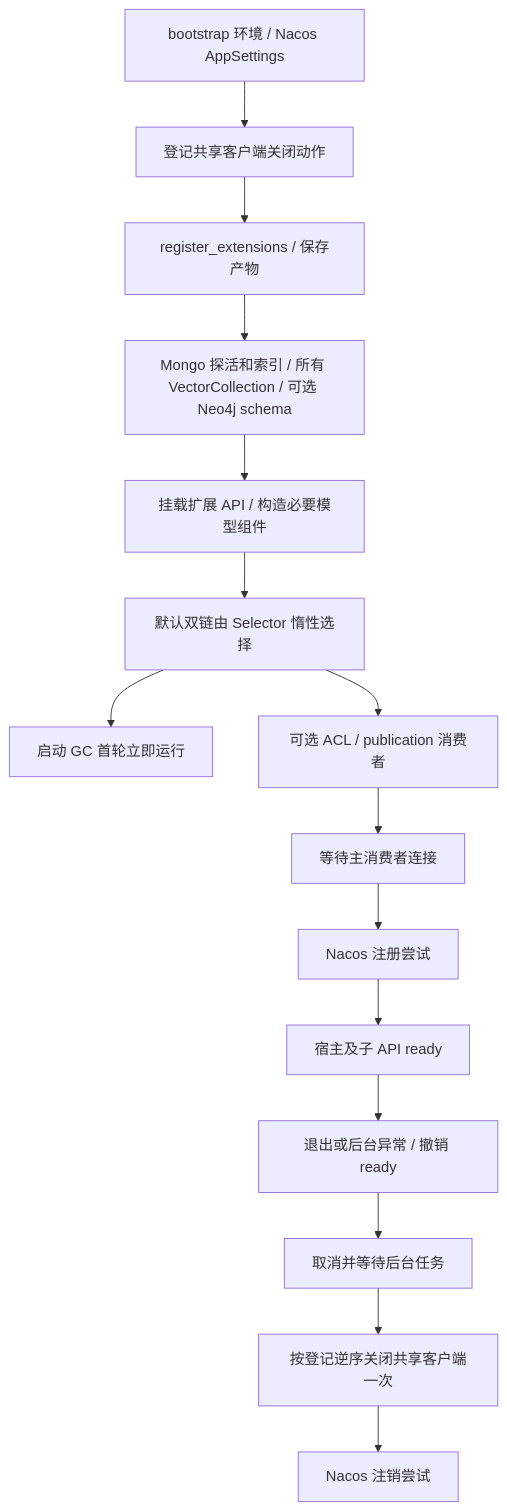
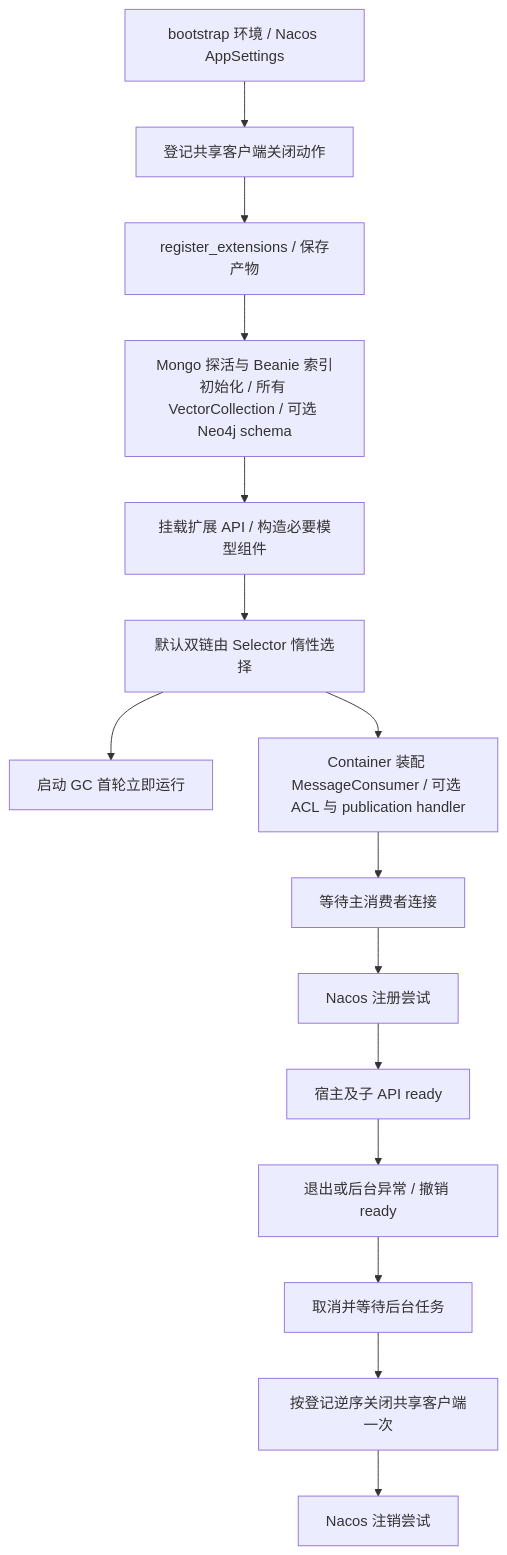
Before and after one commit to Oriole-FDU/WisePenCloud-AI: the fourth of 4 diagrams in services/wisepen-rag-service/docs/architecture.md, drawn with Mermaid. The commit also changed other lines of this file and 185 other files, not shown here.

````diff
--- a/services/wisepen-rag-service/docs/architecture.md
+++ b/services/wisepen-rag-service/docs/architecture.md
@@ -100,17 +105,17 @@
 ```mermaid
 flowchart TD
     Boot[bootstrap 环境 / Nacos AppSettings] --> Own[登记共享客户端关闭动作]
     Own --> Ext[register_extensions / 保存产物]
-    Ext --> Init[Mongo 探活和索引 / 所有 VectorCollection / 可选 Neo4j schema]
+    Ext --> Init[Mongo 探活与 Beanie 索引初始化 / 所有 VectorCollection / 可选 Neo4j schema]
     Init --> Mount[挂载扩展 API / 构造必要模型组件]
     Mount --> Pipeline[默认双链由 Selector 惰性选择]
     Pipeline --> GC[启动 GC 首轮立即运行]
-    Pipeline --> Consumers[可选 ACL / publication 消费者]
+    Pipeline --> Consumers[Container 装配 MessageConsumer / 可选 ACL 与 publication handler]
     Consumers --> Wait[等待主消费者连接]
     Wait --> Reg[Nacos 注册尝试]
     Reg --> Ready[宿主及子 API ready]
     Ready --> Stop[退出或后台异常 / 撤销 ready]
     Stop --> Cancel[取消并等待后台任务]
     Cancel --> Close[按登记逆序关闭共享客户端一次]
     Close --> Dereg[Nacos 注销尝试]
 ```
````
